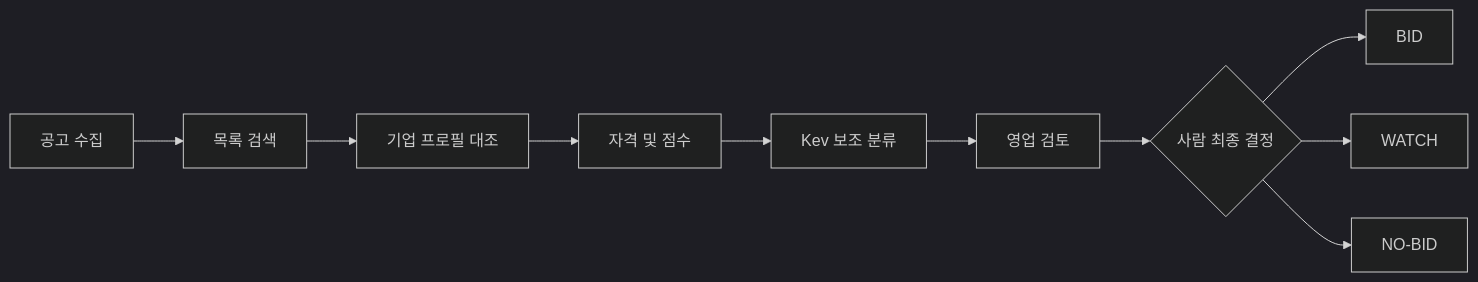
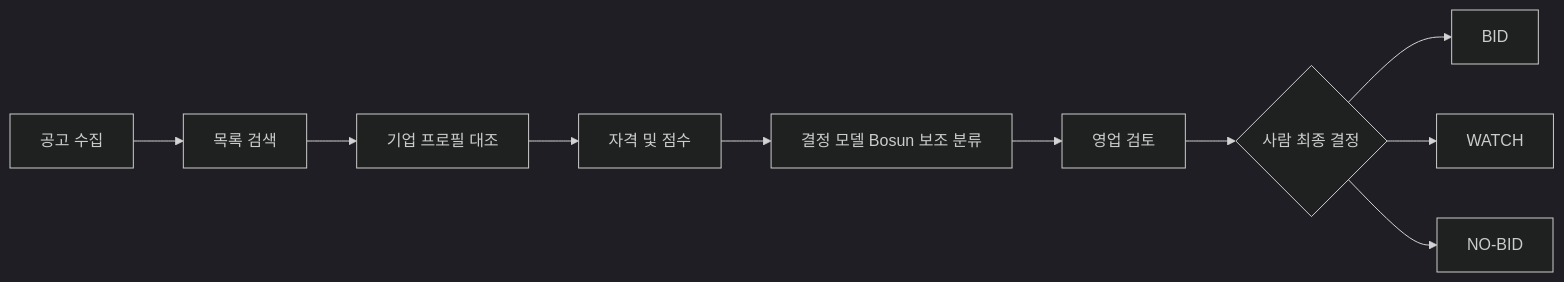
Before and after one commit to solideoai/sol-radar: the diagram in docs/01-PRD.md, drawn with Mermaid (dark theme). The commit also changed other lines of this file and 38 other files, not shown here.

````diff
--- a/docs/01-PRD.md
+++ b/docs/01-PRD.md
@@ -90,12 +90,12 @@
 ```mermaid
 flowchart LR
   A[공고 수집] --> B[목록 검색]
   B --> C[기업 프로필 대조]
   C --> D[자격 및 점수]
-  D --> E[Kev 보조 분류]
+  D --> E["결정 모델 Bosun 보조 분류"]
   E --> F[영업 검토]
   F --> G{사람 최종 결정}
   G --> H[BID]
   G --> I[WATCH]
   G --> J[NO-BID]
 ```
````
